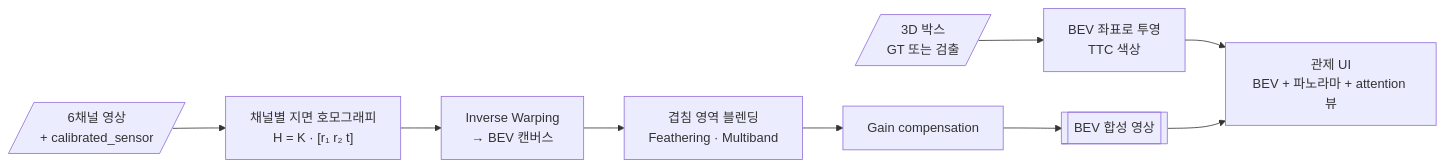
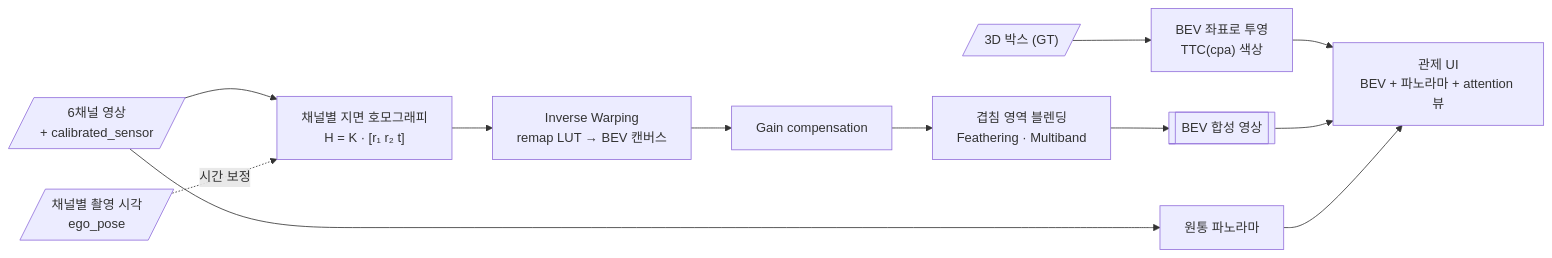
The diagram in README.md (cbnu-yhjeon/Surround-View-BEV-Monitor), drawn with Mermaid before and after one commit. The commit also changed other lines of this file and 61 other files, not shown here.

````diff
--- a/README.md
+++ b/README.md
@@ -51,11 +80,14 @@
 ```mermaid
 flowchart LR
     C6[/"6채널 영상<br/>+ calibrated_sensor"/] --> H["채널별 지면 호모그래피<br/>H = K · [r₁ r₂ t]"]
-    H --> W["Inverse Warping<br/>→ BEV 캔버스"]
-    W --> BL["겹침 영역 블렌딩<br/>Feathering · Multiband"]
-    BL --> GC["Gain compensation"]
-    GC --> BEV[["BEV 합성 영상"]]
-    BOX[/"3D 박스<br/>GT 또는 검출"/] --> PROJ["BEV 좌표로 투영<br/>TTC 색상"]
+    TS[/"채널별 촬영 시각<br/>ego_pose"/] -.시간 보정.-> H
+    H --> W["Inverse Warping<br/>remap LUT → BEV 캔버스"]
+    W --> GC["Gain compensation"]
+    GC --> BL["겹침 영역 블렌딩<br/>Feathering · Multiband"]
+    BL --> BEV[["BEV 합성 영상"]]
+    BOX[/"3D 박스 (GT)"/] --> PROJ["BEV 좌표로 투영<br/>TTC(cpa) 색상"]
+    C6 --> PANO["원통 파노라마"]
     PROJ --> UI["관제 UI<br/>BEV + 파노라마 + attention 뷰"]
     BEV --> UI
+    PANO --> UI
 ```
````
